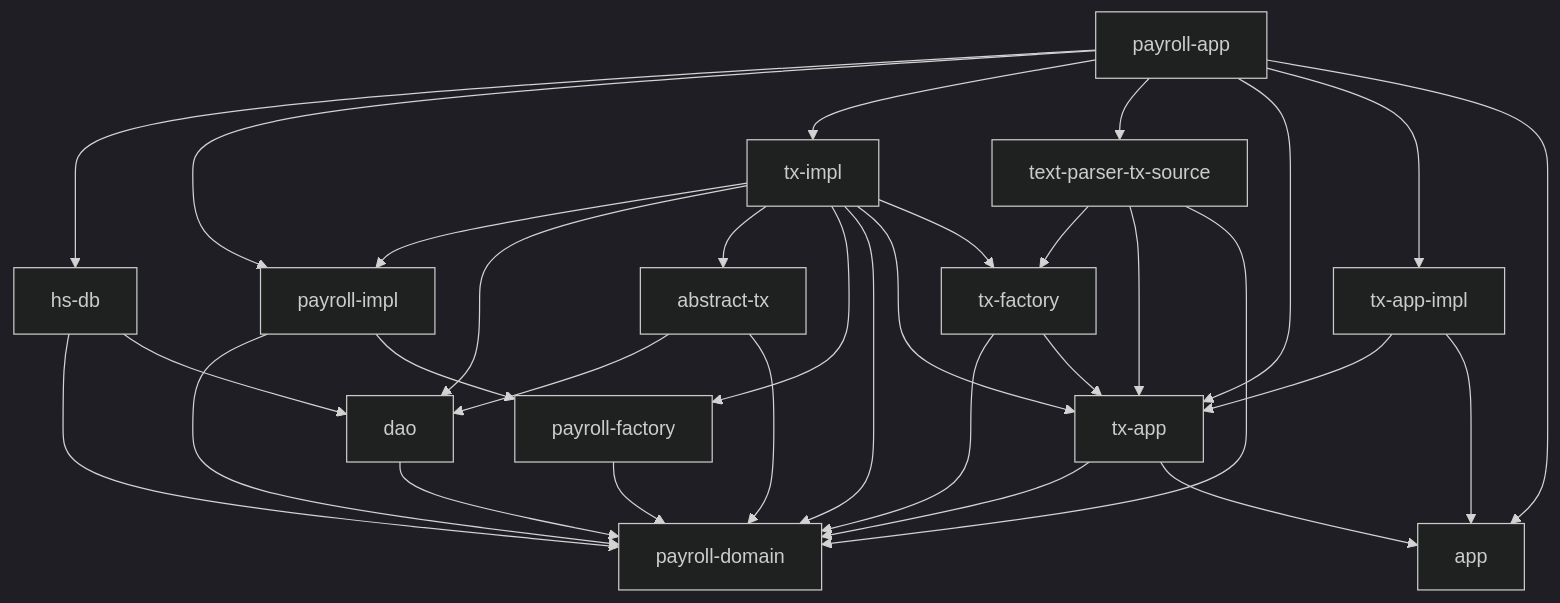
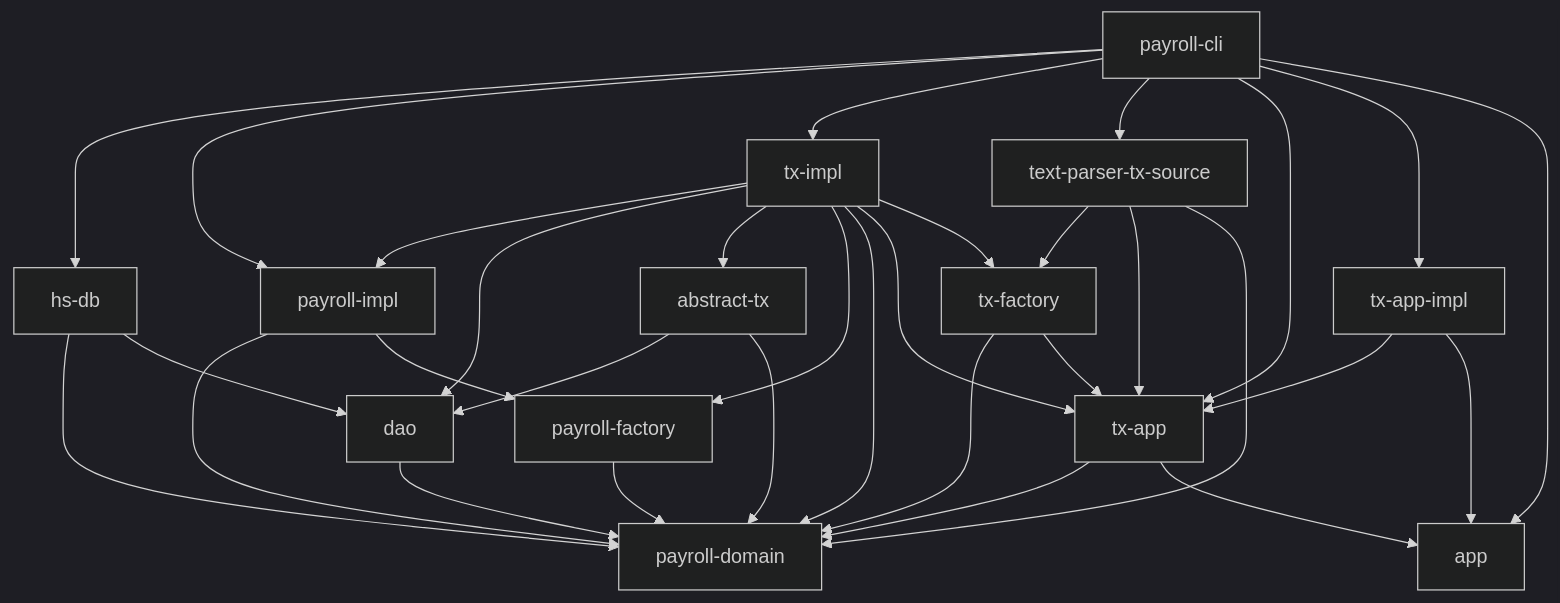
One commit to cutsea110/payroll changed the diagram in README.md. Above: the diagram before and after it, drawn with Mermaid (dark theme).

Commit message:
modify architecture diagram

````diff
--- a/README.md
+++ b/README.md
@@ -29,45 +29,45 @@
 ```mermaid
 graph TD
 
   payroll-impl --> payroll-domain
   payroll-impl --> payroll-factory
 
   payroll-factory --> payroll-domain
 
   dao --> payroll-domain
 
   abstract-tx --> dao
   abstract-tx --> payroll-domain
 
   tx-impl --> payroll-impl
   tx-impl --> dao
   tx-impl --> abstract-tx
   tx-impl --> payroll-factory
   tx-impl --> payroll-domain
   tx-impl --> tx-app
   tx-impl --> tx-factory
 
   tx-app --> payroll-domain
   tx-app --> app
 
   tx-factory --> payroll-domain
   tx-factory --> tx-app
 
   text-parser-tx-source --> tx-factory
   text-parser-tx-source --> tx-app
   text-parser-tx-source --> payroll-domain
 
   hs-db --> payroll-domain
   hs-db --> dao
   
   tx-app-impl --> tx-app
   tx-app-impl --> app
 
-  payroll-app --> hs-db
-  payroll-app --> payroll-impl
-  payroll-app --> tx-impl
-  payroll-app --> text-parser-tx-source
-  payroll-app --> tx-app
-  payroll-app --> tx-app-impl
-  payroll-app --> app
+  payroll-cli --> hs-db
+  payroll-cli --> payroll-impl
+  payroll-cli --> tx-impl
+  payroll-cli --> text-parser-tx-source
+  payroll-cli --> tx-app
+  payroll-cli --> tx-app-impl
+  payroll-cli --> app
 ```
````
